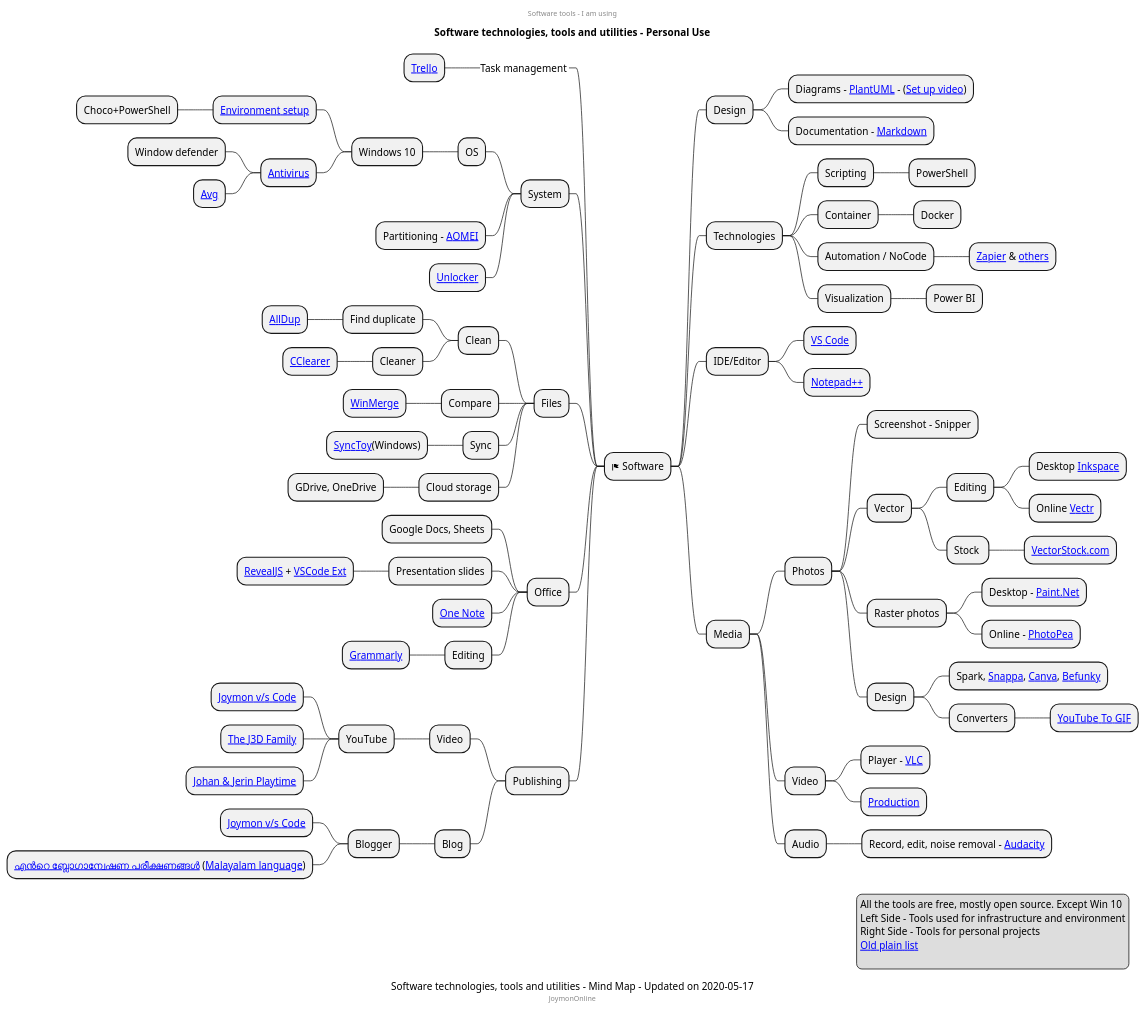
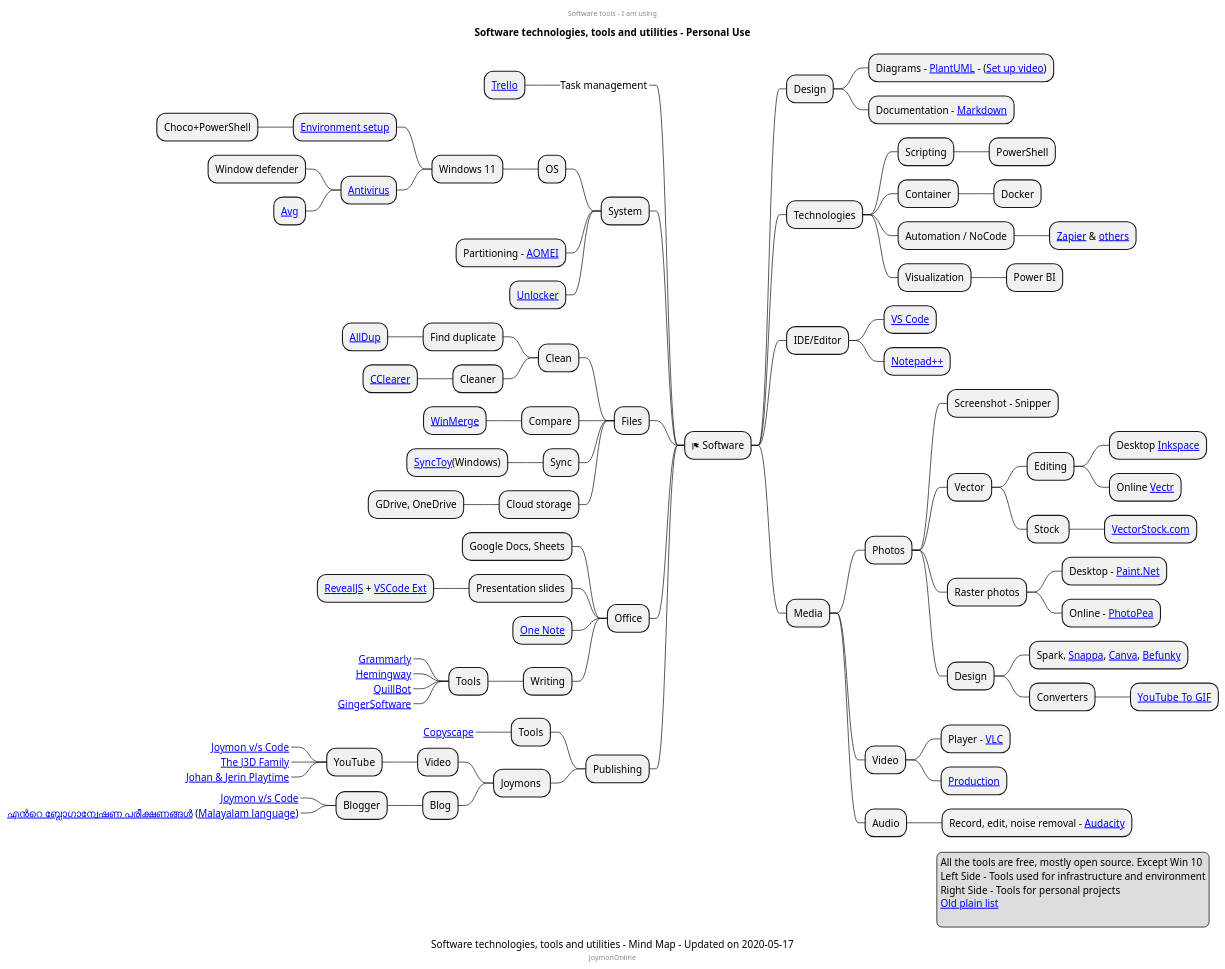
The diagram in software-tools/personal-tools.puml (mind-maps/software), drawn with PlantUML before and after one commit.

Commit message:
Updated personal tools for writing

```diff
--- a/software-tools/personal-tools.puml
+++ b/software-tools/personal-tools.puml
@@ -1,99 +1,106 @@
 @startmindmap
 center header
 Software tools - I am using
 endheader
 title Software technologies, tools and utilities - Personal Use
 caption Software technologies, tools and utilities - Mind Map - Updated on 2020-05-17
 center footer JoymonOnline
 * <&flag> Software
 ** Design
 *** Diagrams - [[https://en.wikipedia.org/wiki/PlantUML PlantUML]] - ([[https://www.youtube.com/watch?v=Zt3Bj1HMJ8g Set up video]])
 *** Documentation - [[https://en.wikipedia.org/wiki/Markdown Markdown]]
 ** Technologies
 *** Scripting
 **** PowerShell
 *** Container
 **** Docker
 *** Automation / NoCode
 **** [[https://zapier.com/home Zapier]] & [[https://gist.github.com/joymon/89aeb18bef588895426b46a54e2ba970 others]]
 *** Visualization
 **** Power BI
 ** IDE/Editor
 *** [[https://code.visualstudio.com/ VS Code]]
 *** [[https://notepad-plus-plus.org/ Notepad++]]
 
 ** Media
 *** Photos
 **** Screenshot - Snipper
 **** Vector
 ***** Editing
 ****** Desktop [[https://inkscape.org/ Inkspace]]
 ****** Online [[https://vectr.com/ Vectr]]
 ***** Stock 
 ****** [[https://www.vectorstock.com/ VectorStock.com]]
 **** Raster photos
 ***** Desktop - [[https://www.getpaint.net/ Paint.Net]]
 ***** Online - [[https://www.photopea.com/ PhotoPea]]
 **** Design
 ***** Spark, [[https://snappa.com/ Snappa]], [[https://www.canva.com/ Canva]], [[https://www.befunky.com/ Befunky]]
 ***** Converters
 ****** [[https://gifrun.com/ YouTube To GIF]]
 *** Video
 **** Player - [[https://www.videolan.org/vlc/download-windows.html VLC]]
 **** [[https://www.plantuml.com/plantuml/proxy?fmt=svg&cache=no&src=https://raw.githubusercontent.com/mind-maps/technology/master/media/video/publishing.puml Production]]
 *** Audio
 **** Record, edit, noise removal - [[https://www.audacityteam.org/download/ Audacity]]
 
 left side
 
 **_ Task management
 *** [[https://trello.com/ Trello]]
 ** System
 *** OS
-**** Windows 10
+**** Windows 11
 ***** [[https://github.com/joymon/win10-dev-box-setup Environment setup]]
 ****** Choco+PowerShell
 ***** [[https://www.av-test.org/en/antivirus/home-windows/ Antivirus]]
 ****** Window defender
 ****** [[https://www.avg.com/ Avg]]
 *** Partitioning - [[https://www.diskpart.com/free-partition-manager.html AOMEI]]
 *** [[http://www.emptyloop.com/unlocker/ Unlocker]]
 ** Files
 *** Clean
 **** Find duplicate
 ***** [[http://www.alldup.info/en_download_alldup.php AllDup]]
 **** Cleaner
 ***** [[https://www.ccleaner.com/ CClearer]]
 *** Compare
 **** [[https://winmerge.org/?lang=en WinMerge]]
 *** Sync
 **** [[https://www.microsoft.com/en-us/download/details.aspx?id=15155 SyncToy]](Windows)
 *** Cloud storage
 **** GDrive, OneDrive
 ** Office
 *** Google Docs, Sheets
 *** Presentation slides
 **** [[https://revealjs.com/ RevealJS]] + [[https://marketplace.visualstudio.com/items?itemName=evilz.vscode-reveal VSCode Ext]]
 *** [[https://www.onenote.com/ One Note]]
-*** Editing
-**** [[https://app.grammarly.com/ Grammarly]]
+*** Writing
+**** Tools
+*****_ [[https://app.grammarly.com/ Grammarly]]
+*****_ [[https://hemingwayapp.com/ Hemingway]]
+*****_ [[https://quillbot.com/ QuillBot]]
+*****_ [[https://www.gingersoftware.com/ GingerSoftware]]
 ** Publishing
-*** Video
-**** YouTube
-***** [[https://www.youtube.com/channel/UC78wYrq_keVaDV8STReHRxg Joymon v/s Code]]
-***** [[https://www.youtube.com/channel/UCzYqSifCwLYpmgRxvNo7BzA The J3D Family]]
-***** [[https://www.youtube.com/channel/UC1D3Fy0L0aoI0OfUEZnWy5A Johan & Jerin Playtime]]
-*** Blog
-**** Blogger
-***** [[https://joymonscode.blogspot.com/ Joymon v/s Code]]
-***** [[https://joy-mon.blogspot.com/ എന്‍റെ ബ്ലോഗാന്വേഷണ പരീക്ഷണങ്ങള്‍]] ([[https://en.wikipedia.org/wiki/Malayalam Malayalam language]])
+*** Tools
+****_ [[https://www.copyscape.com/ Copyscape]]
+*** Joymons 
+**** Video
+***** YouTube
+******_ [[https://www.youtube.com/channel/UC78wYrq_keVaDV8STReHRxg Joymon v/s Code]]
+******_ [[https://www.youtube.com/channel/UCzYqSifCwLYpmgRxvNo7BzA The J3D Family]]
+******_ [[https://www.youtube.com/channel/UC1D3Fy0L0aoI0OfUEZnWy5A Johan & Jerin Playtime]]
+**** Blog
+***** Blogger
+******_ [[https://joymonscode.blogspot.com/ Joymon v/s Code]]
+******_ [[https://joy-mon.blogspot.com/ എന്‍റെ ബ്ലോഗാന്വേഷണ പരീക്ഷണങ്ങള്‍]] ([[https://en.wikipedia.org/wiki/Malayalam Malayalam language]])
 
 legend right
 All the tools are free, mostly open source. Except Win 10
 Left Side - Tools used for infrastructure and environment
 Right Side - Tools for personal projects
 [[https://joymonscode.blogspot.com/2017/05/toolbox-for-open-source-developers.html Old plain list]]
   
 endlegend
 
 @endmindmap
```
